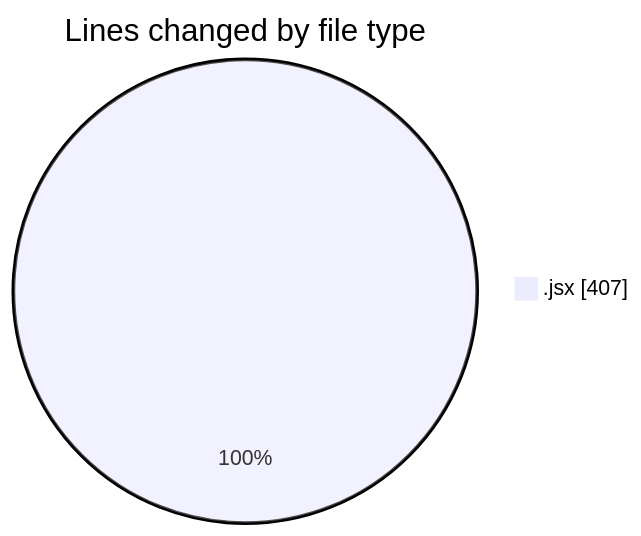
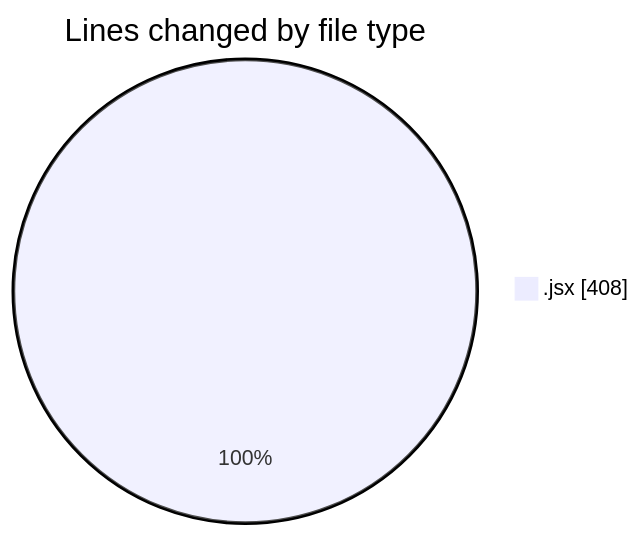
One commit to nxtqubesakshisongat/code-tracking changed the first of 2 diagrams in 2025-11-30/nxtqube_webapp/README.md. Above: the diagram before and after it, drawn with Mermaid. The commit also changed other lines of this file and 1 other file, not shown here.

````diff
--- a/2025-11-30/nxtqube_webapp/README.md
+++ b/2025-11-30/nxtqube_webapp/README.md
@@ -20,5 +20,5 @@
 ```mermaid
 pie showData
 title Lines changed by file type
-".jsx" : 407
+".jsx" : 408
 ```
````
